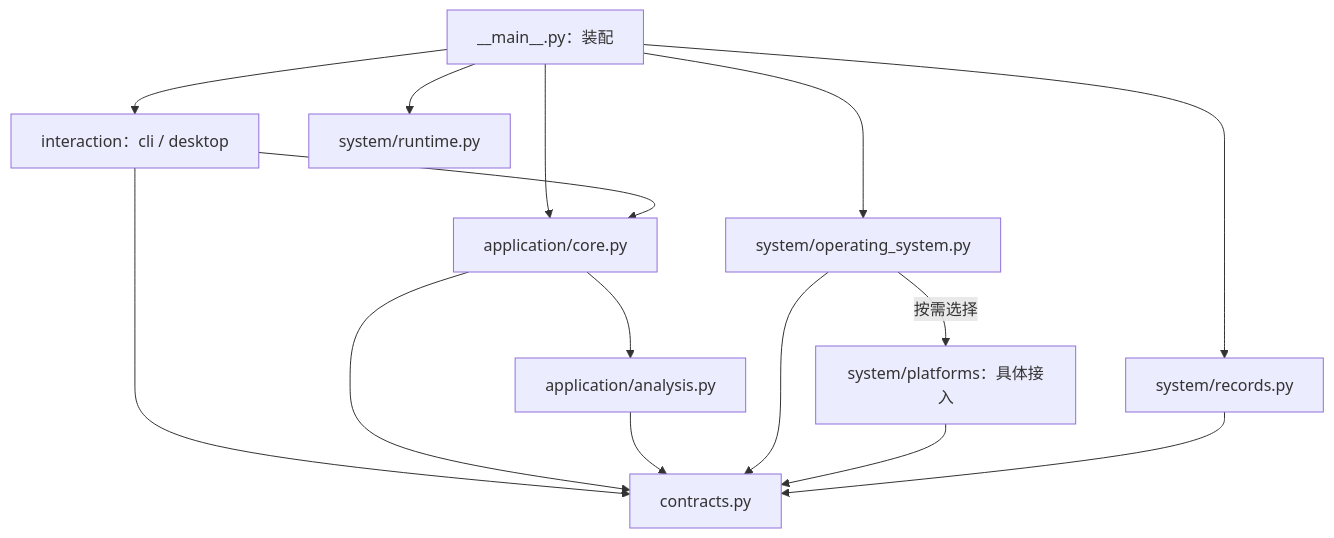
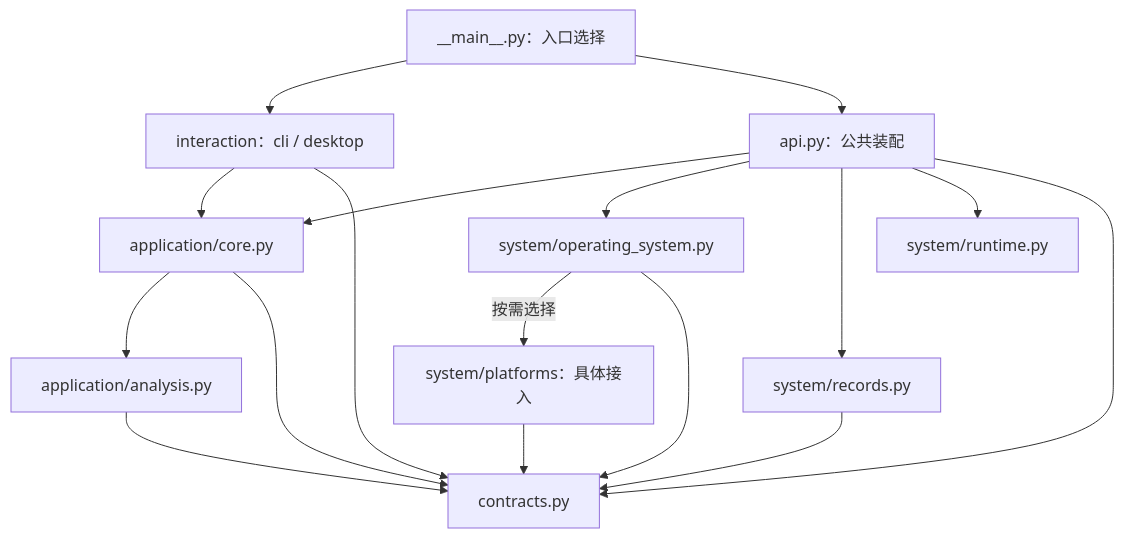
Before and after one commit to DreamSoul-AI/cpu-memory-cleanup: the diagram in docs/代码结构设计 Code Structure Design CPU 内存清理.md, drawn with Mermaid. The commit also changed other lines of this file and 23 other files, not shown here.

Commit message:
feat: expose memory package API and share it across CLI and desktop

````diff
--- a/docs/代码结构设计 Code Structure Design CPU 内存清理.md
+++ b/docs/代码结构设计 Code Structure Design CPU 内存清理.md
@@ -105,17 +107,19 @@
 ```mermaid
 flowchart TB
-    BOOT["__main__.py：装配"] --> UI["interaction：cli / desktop"]
-    BOOT --> CORE["application/core.py"]
-    BOOT --> SELECT["system/operating_system.py"]
-    BOOT --> STORE["system/records.py"]
-    BOOT --> RUNTIME["system/runtime.py"]
+    BOOT["__main__.py：入口选择"] --> UI["interaction：cli / desktop"]
+    BOOT --> API["api.py：公共装配"]
+    API --> CORE["application/core.py"]
+    API --> SELECT["system/operating_system.py"]
+    API --> STORE["system/records.py"]
+    API --> RUNTIME["system/runtime.py"]
+    API --> TYPES["contracts.py"]
     UI --> CORE
     UI --> TYPES["contracts.py"]
     CORE --> RULES["application/analysis.py"]
     CORE --> TYPES
     RULES --> TYPES
     SELECT -->|按需选择| PLATFORM["system/platforms：具体接入"]
     SELECT --> TYPES
     PLATFORM --> TYPES
     STORE --> TYPES
 ```
````
